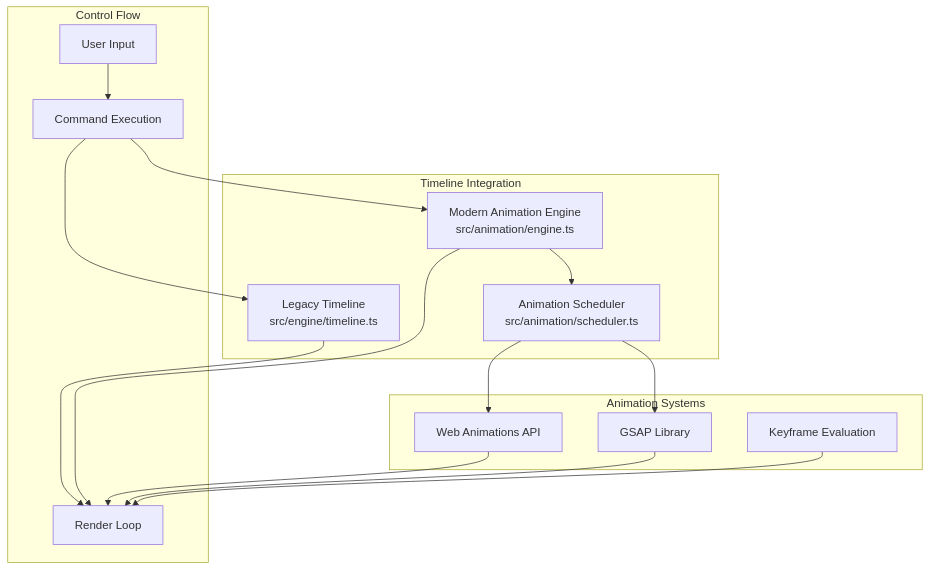
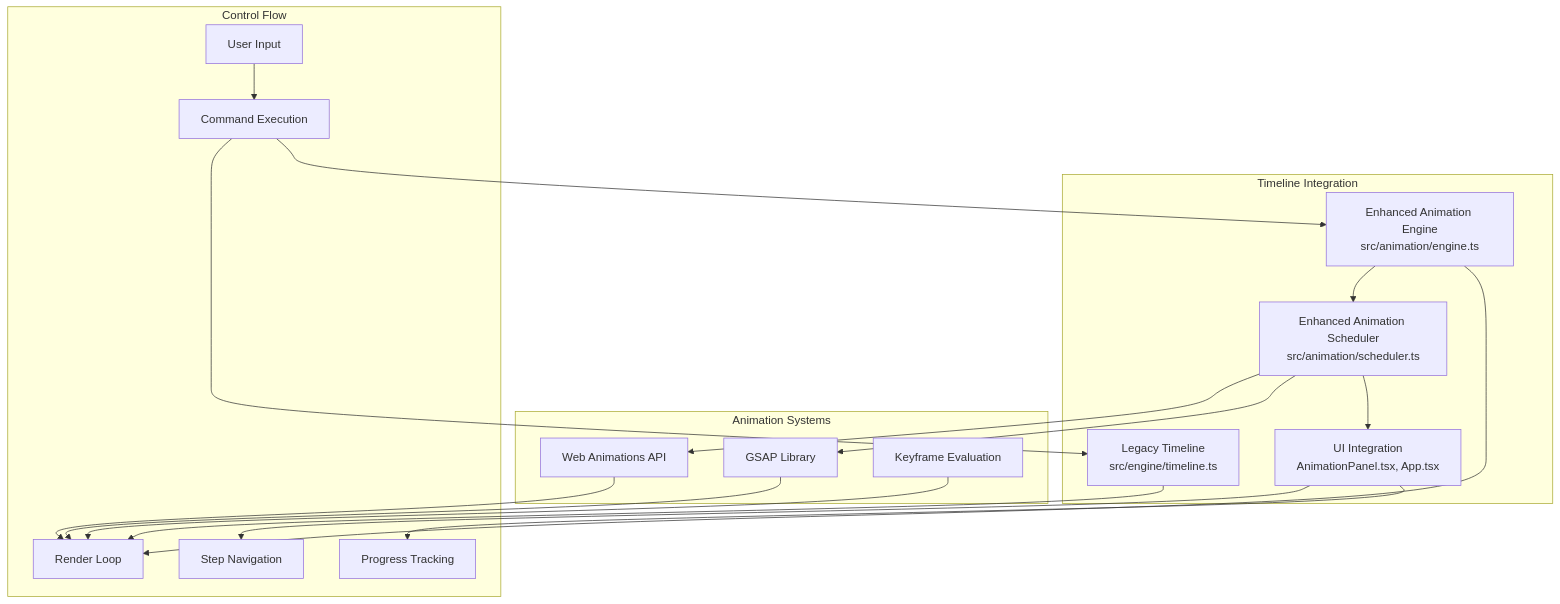
Before and after one commit to Anna0314zy/ai_editor_enginer: diagram 22 of 23 in .qoder/repowiki/en/content/Animation System/Timeline Engine.md, drawn with Mermaid. The commit also changed other lines of this file and 12 other files, not shown here.

````diff
--- a/.qoder/repowiki/en/content/Animation System/Timeline Engine.md
+++ b/.qoder/repowiki/en/content/Animation System/Timeline Engine.md
@@ -677,29 +845,35 @@
 ```mermaid
 graph TB
 subgraph "Timeline Integration"
 LegacyTimeline["Legacy Timeline<br/>src/engine/timeline.ts"]
-ModernEngine["Modern Animation Engine<br/>src/animation/engine.ts"]
-Scheduler["Animation Scheduler<br/>src/animation/scheduler.ts"]
+EnhancedEngine["Enhanced Animation Engine<br/>src/animation/engine.ts"]
+EnhancedScheduler["Enhanced Animation Scheduler<br/>src/animation/scheduler.ts"]
+UIIntegration["UI Integration<br/>AnimationPanel.tsx, App.tsx"]
 end
 subgraph "Animation Systems"
 WebAPI["Web Animations API"]
 GSAP["GSAP Library"]
 KeyframeEval["Keyframe Evaluation"]
 end
 subgraph "Control Flow"
 UserInput["User Input"]
 CommandExecution["Command Execution"]
 RenderLoop["Render Loop"]
+Navigation["Step Navigation"]
+Progress["Progress Tracking"]
 end
 UserInput --> CommandExecution
 CommandExecution --> LegacyTimeline
-CommandExecution --> ModernEngine
-ModernEngine --> Scheduler
-Scheduler --> WebAPI
-Scheduler --> GSAP
+CommandExecution --> EnhancedEngine
+EnhancedEngine --> EnhancedScheduler
+EnhancedScheduler --> WebAPI
+EnhancedScheduler --> GSAP
+EnhancedScheduler --> UIIntegration
+UIIntegration --> Navigation
+UIIntegration --> Progress
 LegacyTimeline --> RenderLoop
-ModernEngine --> RenderLoop
+EnhancedEngine --> RenderLoop
 WebAPI --> RenderLoop
 GSAP --> RenderLoop
 KeyframeEval --> RenderLoop
 ```
````
